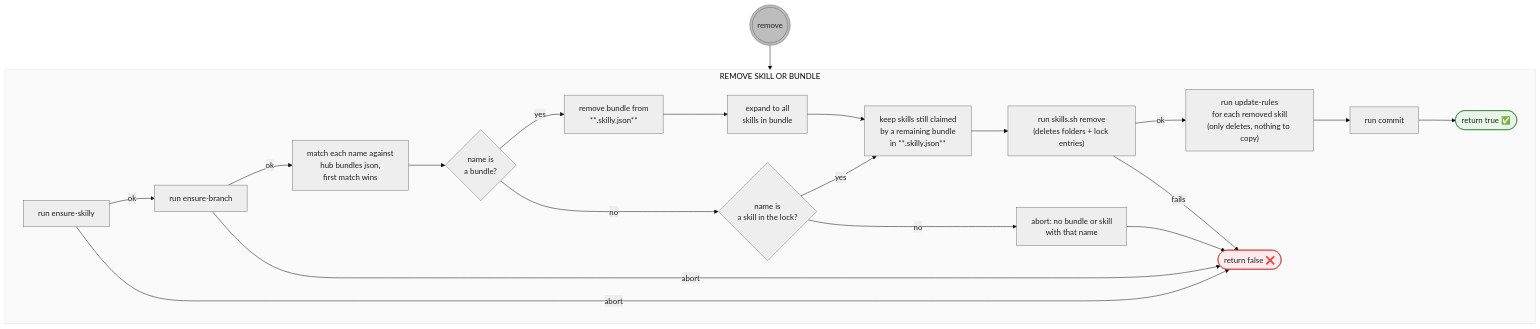
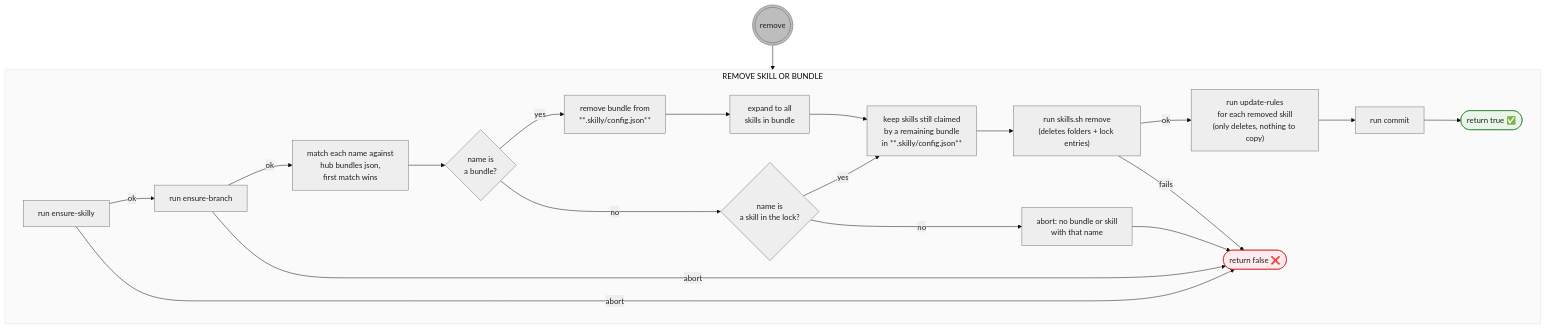
Before and after one commit to timschoch/skilly: the diagram in docs/remove.mmd, drawn with Mermaid. The commit also changed 59 other files, not shown here.

```diff
--- a/docs/remove.mmd
+++ b/docs/remove.mmd
@@ -1,55 +1,55 @@
 ---
 config:
   theme: base
   themeVariables:
     primaryColor: "#eeeeee"
     primaryBorderColor: "#757575"
     primaryTextColor: "#212121"
     clusterBkg: "#fafafa"
     clusterBorder: "#e0e0e0"
 ---
 flowchart TD
     %% shapes: ((( ))) entry point · [/ \] user action (blue) · [ ] script action (gray) · { } decision (amber) · ([ ]) state (green)
 
     ENTER-REM((("remove"))) --> REM
     subgraph REM["REMOVE SKILL OR BUNDLE"]
         REM-GUARD["run ensure-skilly"]
             REM-GUARD -->|ok| REM-EB
             REM-GUARD -->|abort| REM-FALSE
 
         REM-EB["run ensure-branch"]
             REM-EB -->|ok| REM-MATCH
             REM-EB -->|abort| REM-FALSE
 
         REM-MATCH["match each name against<br>hub bundles json,<br>first match wins"] --> REMQ3
 
             REMQ3{"name is<br>a bundle?"}
-                REMQ3 -->|yes| REM-BUNDLE["remove bundle from<br>**.skilly.json**"]
+                REMQ3 -->|yes| REM-BUNDLE["remove bundle from<br>**.skilly/config.json**"]
                     REM-BUNDLE --> REM-EXPAND["expand to all<br>skills in bundle"] --> REM-FILTER
                 REMQ3 -->|no| REMQ4
 
             REMQ4{"name is<br>a skill in the lock?"}
                 REMQ4 -->|yes| REM-FILTER
                 REMQ4 -->|no| REM-ABORT-UNKNOWN
 
-        REM-FILTER["keep skills still claimed<br>by a remaining bundle<br>in **.skilly.json**"] --> REM-CLI
+        REM-FILTER["keep skills still claimed<br>by a remaining bundle<br>in **.skilly/config.json**"] --> REM-CLI
         REM-CLI["run skills.sh remove<br>(deletes folders + lock entries)"]
             REM-CLI -->|ok| REM-RULES["run update-rules<br>for each removed skill<br>(only deletes, nothing to copy)"] --> REM-COMMIT["run commit"] --> REM-TRUE
             REM-CLI -->|fails| REM-FALSE
 
         REM-TRUE(["return true ✅"])
         REM-ABORT-UNKNOWN["abort: no bundle or skill<br>with that name"] --> REM-FALSE
         REM-FALSE(["return false ❌"])
     end
 
 
     %% all checks are script checks -> default gray, not amber
 
     classDef entry fill:#bdbdbd,stroke:#616161
     class ENTER-REM entry
 
     classDef ok fill:#e8f5e9,stroke:#2e7d32
     class REM-TRUE ok
 
     classDef fail fill:#ffebee,stroke:#c62828
     class REM-FALSE fail
```
